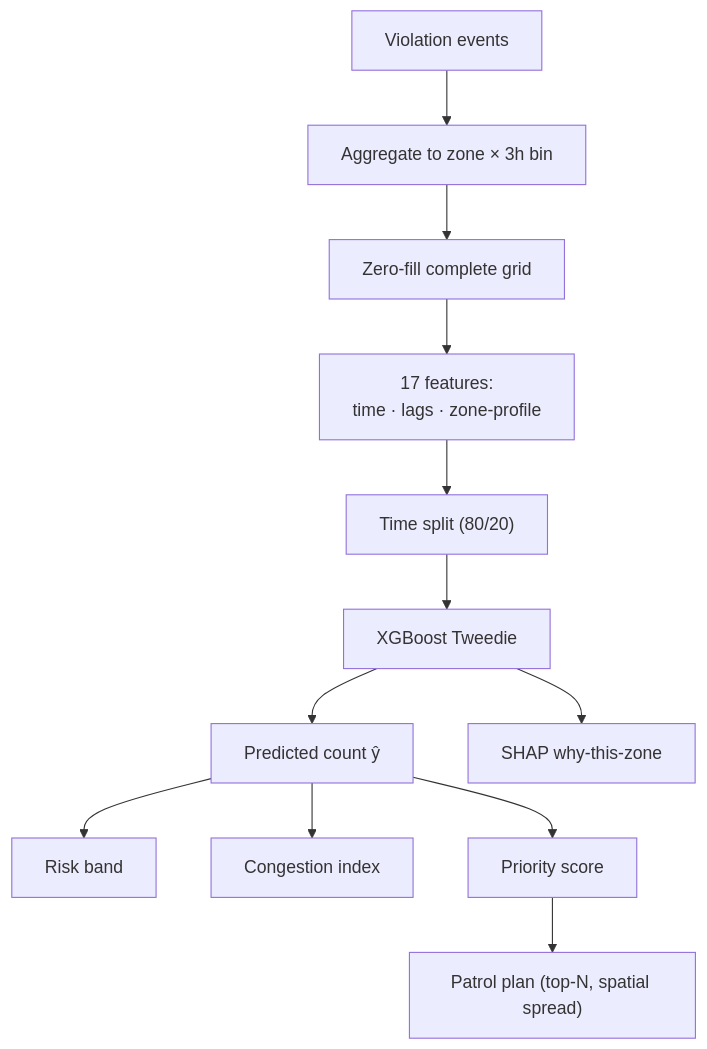
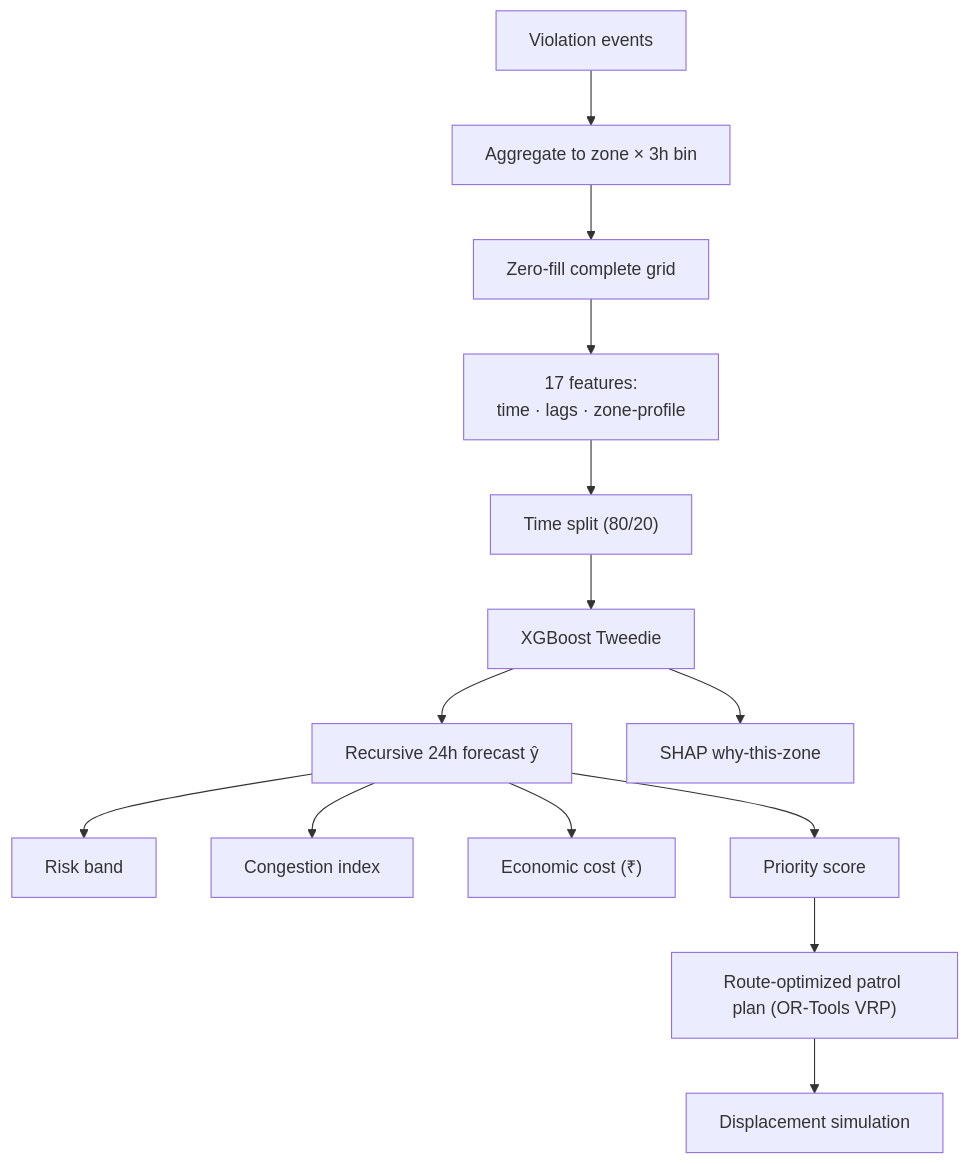
Before and after one commit to SajeevSenthil/ParkFlow-AI: the third of 3 diagrams in README.md, drawn with Mermaid. The commit also changed other lines of this file, not shown here.

Commit message:
docs: fix tab count, displacement numbers and how-it-works diagram; remove links section

````diff
--- a/README.md
+++ b/README.md
@@ -189,14 +189,16 @@
 ```mermaid
 flowchart TD
   E[Violation events] --> A["Aggregate to zone × 3h bin"]
   A --> Z["Zero-fill complete grid"]
   Z --> F["17 features:<br/>time · lags · zone-profile"]
   F --> S["Time split (80/20)"]
   S --> M["XGBoost Tweedie"]
-  M --> Y["Predicted count ŷ"]
+  M --> Y["Recursive 24h forecast ŷ"]
   Y --> R["Risk band"]
   Y --> C["Congestion index"]
+  Y --> EC["Economic cost (₹)"]
   Y --> PR["Priority score"]
-  PR --> PT["Patrol plan (top-N, spatial spread)"]
+  PR --> PT["Route-optimized patrol plan (OR-Tools VRP)"]
+  PT --> DP["Displacement simulation"]
   M --> SH["SHAP why-this-zone"]
 ```
````
